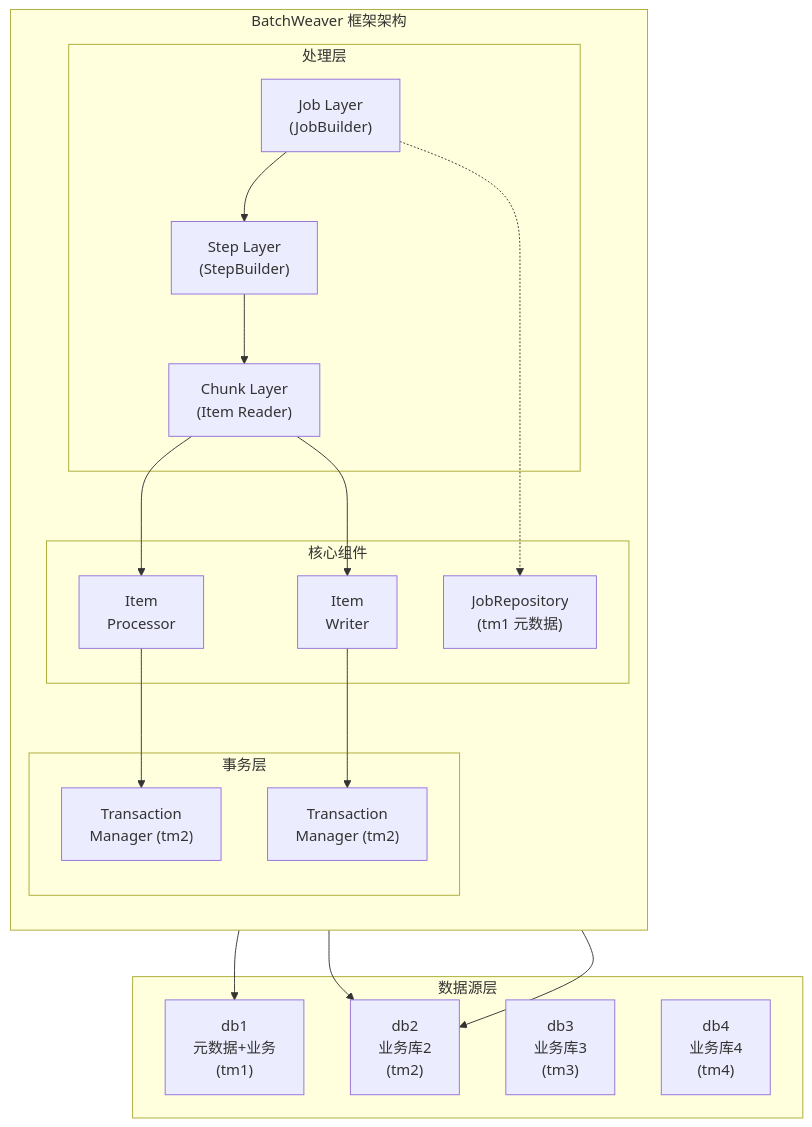
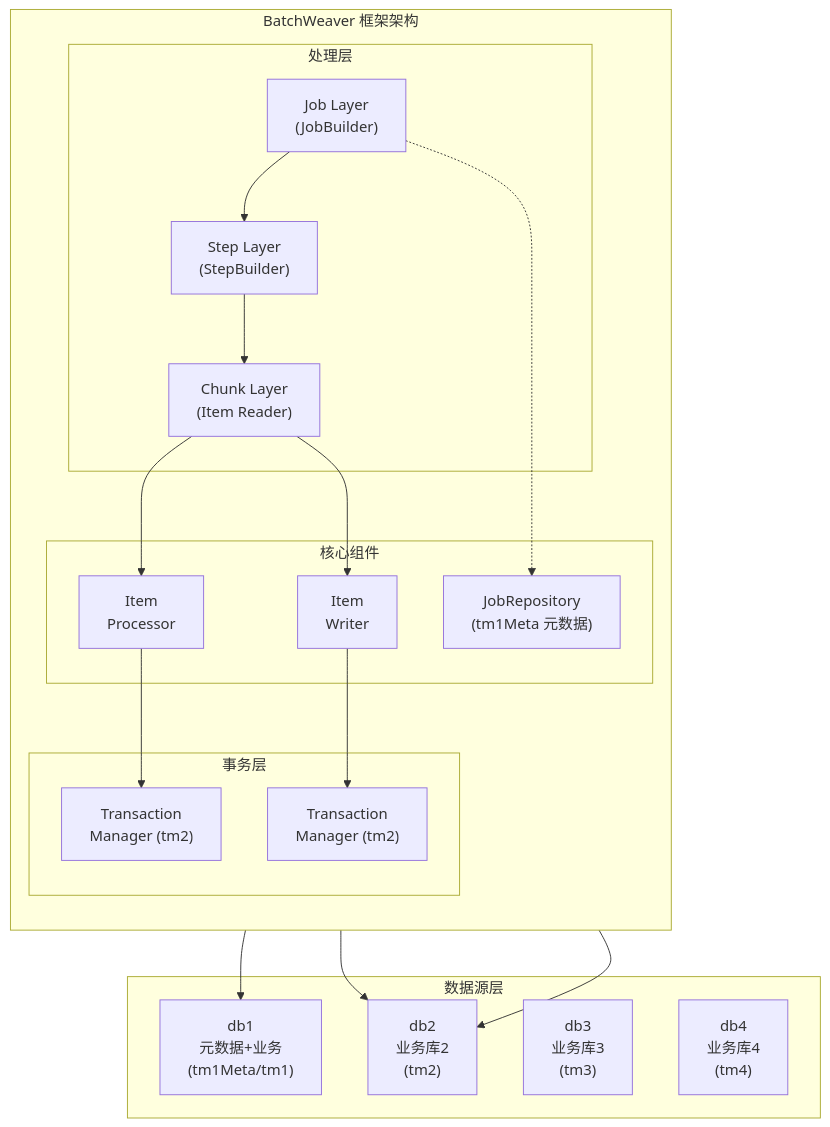
Before and after one commit to SEVENTEEN-TAN/BatchWeaver: the first of 3 diagrams in docs/技术框架.md, drawn with Mermaid. The commit also changed other lines of this file and 6 other files, not shown here.

````diff
--- a/docs/技术框架.md
+++ b/docs/技术框架.md
@@ -18,40 +18,40 @@
 ```mermaid
 flowchart TB
     subgraph Top["BatchWeaver 框架架构"]
         direction TB
         subgraph Layer1["处理层"]
             JL["Job Layer<br/>(JobBuilder)"]
             SL["Step Layer<br/>(StepBuilder)"]
             CL["Chunk Layer<br/>(Item Reader)"]
             JL --> SL --> CL
         end
 
         subgraph Layer2["核心组件"]
-            JR["JobRepository<br/>(tm1 元数据)"]
+            JR["JobRepository<br/>(tm1Meta 元数据)"]
             IP["Item<br/>Processor"]
             IW["Item<br/>Writer"]
         end
 
         subgraph Layer3["事务层"]
             TM1["Transaction<br/>Manager (tm2)"]
             TM2["Transaction<br/>Manager (tm2)"]
         end
 
         CL --> IP
         CL --> IW
         IP --> TM1
         IW --> TM2
         JL -.-> JR
     end
 
     subgraph Bottom["数据源层"]
-        DB1["db1<br/>元数据+业务<br/>(tm1)"]
+        DB1["db1<br/>元数据+业务<br/>(tm1Meta/tm1)"]
         DB2["db2<br/>业务库2<br/>(tm2)"]
         DB3["db3<br/>业务库3<br/>(tm3)"]
         DB4["db4<br/>业务库4<br/>(tm4)"]
     end
 
     JR --> DB1
     TM1 --> DB2
     TM2 --> DB2
 ```
````
